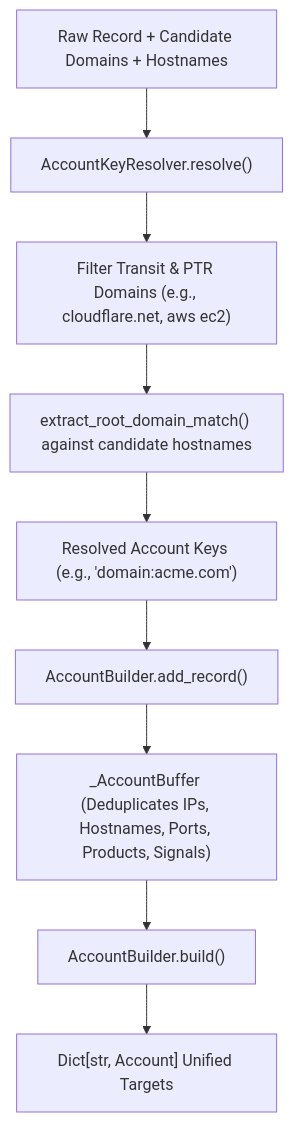
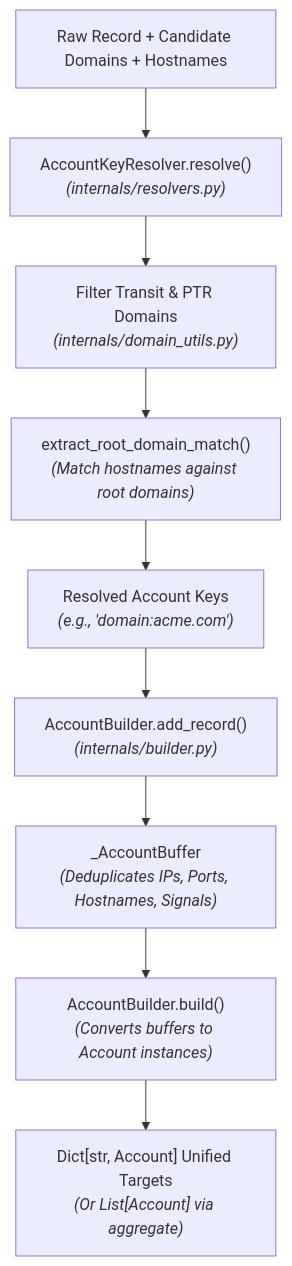
Before and after one commit to dev-anuj007/cyber_intel: the fourth of 4 diagrams in backend/src/services/aggregator/README.md, drawn with Mermaid. The commit also changed other lines of this file and 1 other file, not shown here.

````diff
--- a/backend/src/services/aggregator/README.md
+++ b/backend/src/services/aggregator/README.md
@@ -89,11 +112,11 @@
 ```mermaid
 flowchart TD
-    Record["Raw Record + Candidate Domains + Hostnames"] --> Res["AccountKeyResolver.resolve()"]
-    Res --> Filter["Filter Transit & PTR Domains (e.g., cloudflare.net, aws ec2)"]
-    Filter --> Match["extract_root_domain_match() against candidate hostnames"]
-    Match --> Keys["Resolved Account Keys (e.g., 'domain:acme.com')"]
-    Keys --> Builder["AccountBuilder.add_record()"]
-    Builder --> Buffer["_AccountBuffer (Deduplicates IPs, Hostnames, Ports, Products, Signals)"]
-    Buffer --> Build["AccountBuilder.build()"]
-    Build --> Accounts["Dict[str, Account] Unified Targets"]
+    Record["Raw Record + Candidate Domains + Hostnames"] --> Res["AccountKeyResolver.resolve()<br/><i>(internals/resolvers.py)</i>"]
+    Res --> Filter["Filter Transit & PTR Domains<br/><i>(internals/domain_utils.py)</i>"]
+    Filter --> Match["extract_root_domain_match()<br/><i>(Match hostnames against root domains)</i>"]
+    Match --> Keys["Resolved Account Keys<br/><i>(e.g., 'domain:acme.com')</i>"]
+    Keys --> Builder["AccountBuilder.add_record()<br/><i>(internals/builder.py)</i>"]
+    Builder --> Buffer["_AccountBuffer<br/><i>(Deduplicates IPs, Ports, Hostnames, Signals)</i>"]
+    Buffer --> Build["AccountBuilder.build()<br/><i>(Converts buffers to Account instances)</i>"]
+    Build --> Accounts["Dict[str, Account] Unified Targets<br/><i>(Or List[Account] via aggregate)</i>"]
 ```
````
